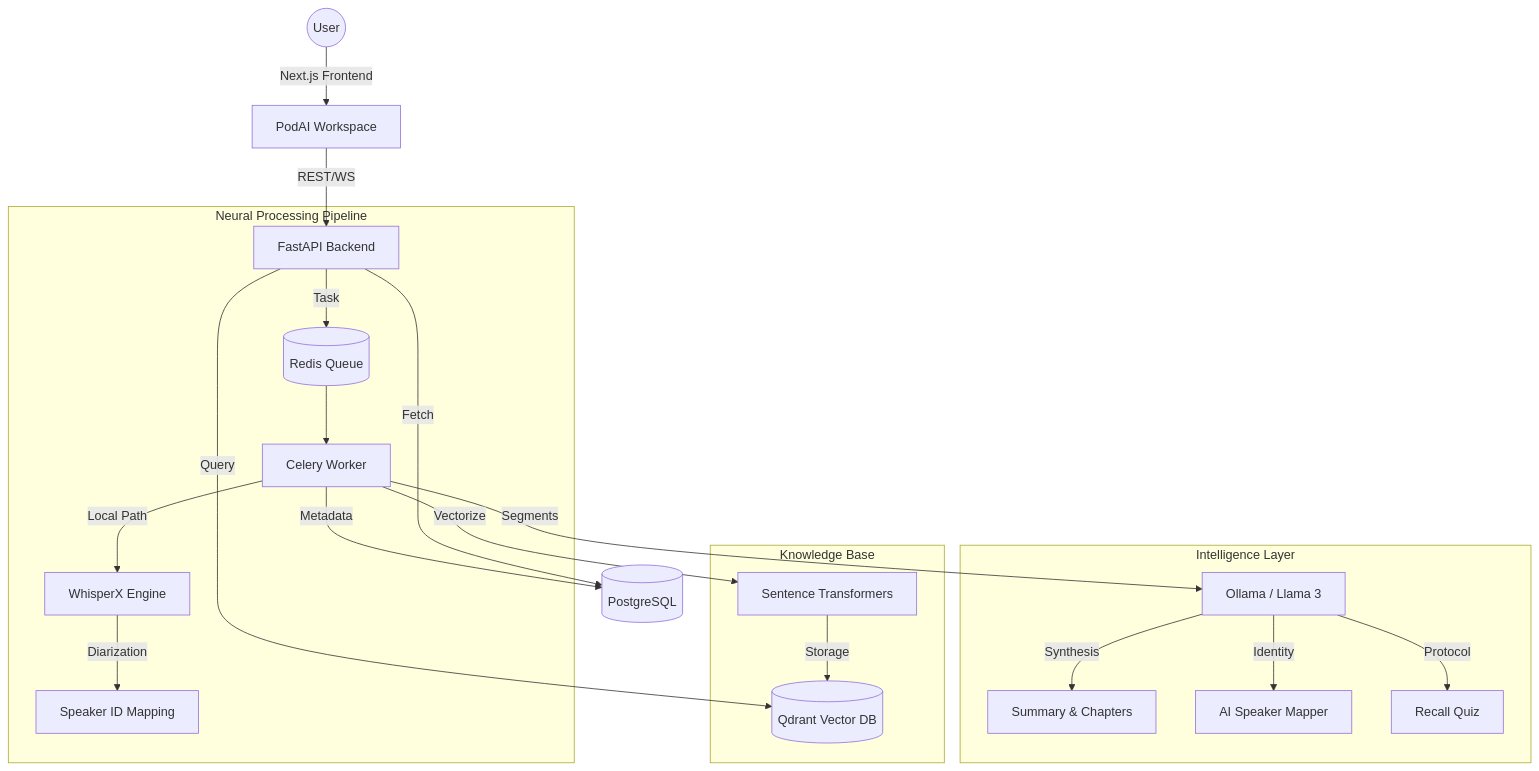
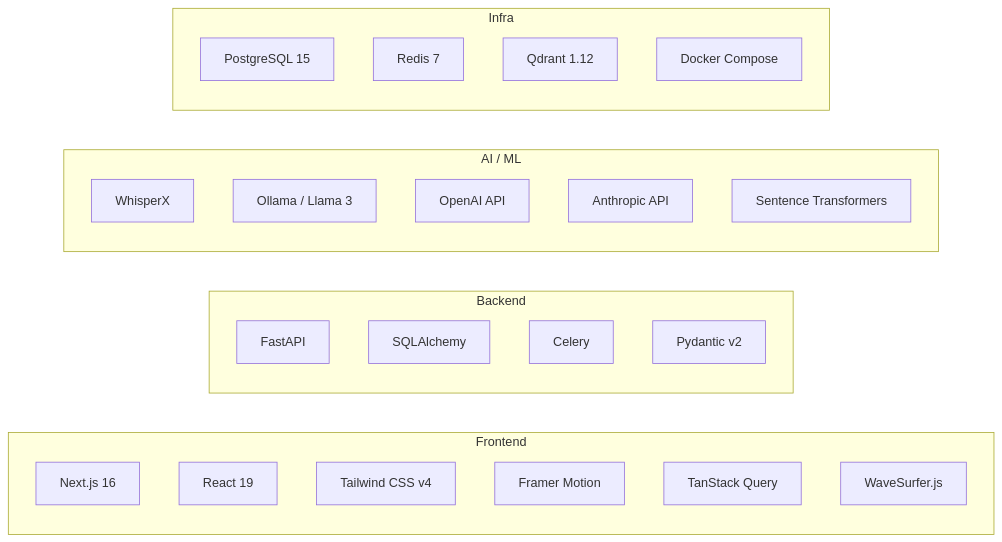
One commit to erenkbgc/podcast_summarizer changed the fourth of 5 diagrams in README.md. Above: the diagram before and after it, drawn with Mermaid. The commit also changed other lines of this file, not shown here.

````diff
--- a/README.md
+++ b/README.md
@@ -66,28 +175,33 @@
 ```mermaid
-graph TD
-    User((User)) -->|Next.js Frontend| App[PodAI Workspace]
-    App -->|REST/WS| API[FastAPI Backend]
-    
-    subgraph "Neural Processing Pipeline"
-        API -->|Task| Redis[(Redis Queue)]
-        Redis --> Worker[Celery Worker]
-        Worker -->|Local Path| WhisperX[WhisperX Engine]
-        WhisperX -->|Diarization| Diarize[Speaker ID Mapping]
+graph LR
+    subgraph Frontend
+        NX[Next.js 16]
+        RE[React 19]
+        TW[Tailwind CSS v4]
+        FM[Framer Motion]
+        RQ[TanStack Query]
+        WV[WaveSurfer.js]
     end
 
-    subgraph "Intelligence Layer"
-        Worker -->|Segments| Ollama[Ollama / Llama 3]
-        Ollama -->|Synthesis| Summary[Summary & Chapters]
-        Ollama -->|Identity| SpeakerID[AI Speaker Mapper]
-        Ollama -->|Protocol| Quiz[Recall Quiz]
+    subgraph Backend
+        FA[FastAPI]
+        SA[SQLAlchemy]
+        CE[Celery]
+        PY[Pydantic v2]
     end
 
-    subgraph "Knowledge Base"
-        Worker -->|Vectorize| Embeddings[Sentence Transformers]
-        Embeddings -->|Storage| Qdrant[(Qdrant Vector DB)]
-        API -->|Query| Qdrant
+    subgraph AI_ML["AI / ML"]
+        WX[WhisperX]
+        OL[Ollama / Llama 3]
+        OA[OpenAI API]
+        AN[Anthropic API]
+        ST[Sentence Transformers]
     end
 
-    Worker -->|Metadata| PostgreSQL[(PostgreSQL)]
-    API -->|Fetch| PostgreSQL
+    subgraph Infra
+        PG[PostgreSQL 15]
+        RD[Redis 7]
+        QD[Qdrant 1.12]
+        DC[Docker Compose]
+    end
 ```
````
